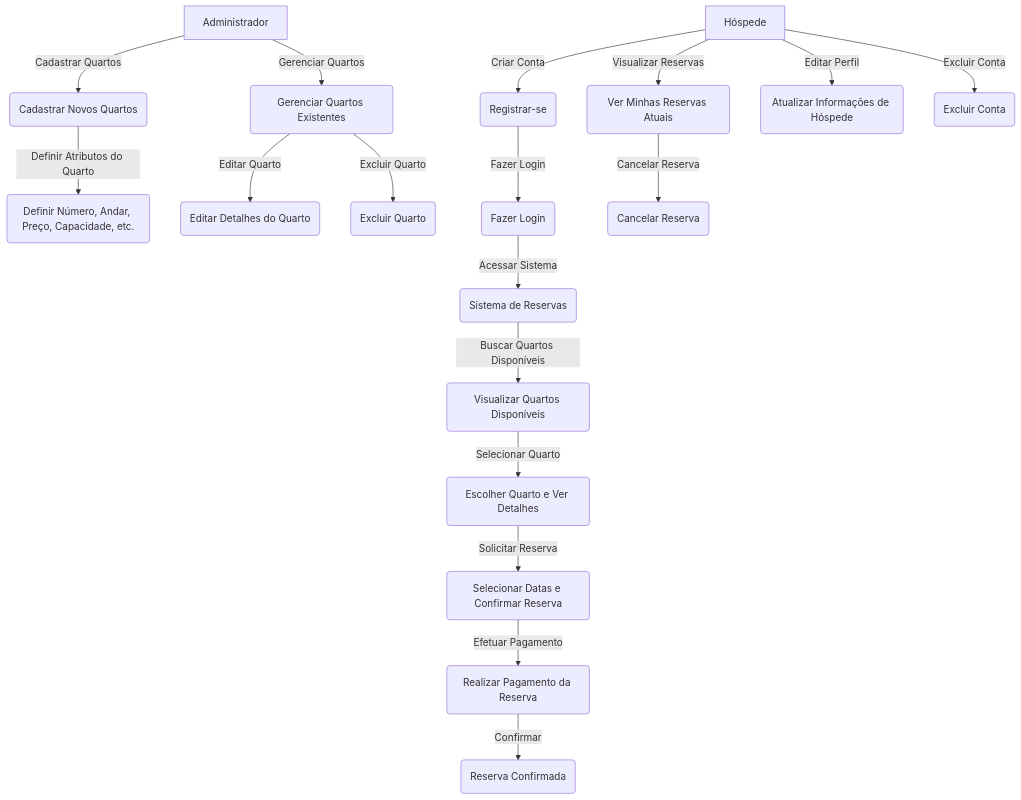
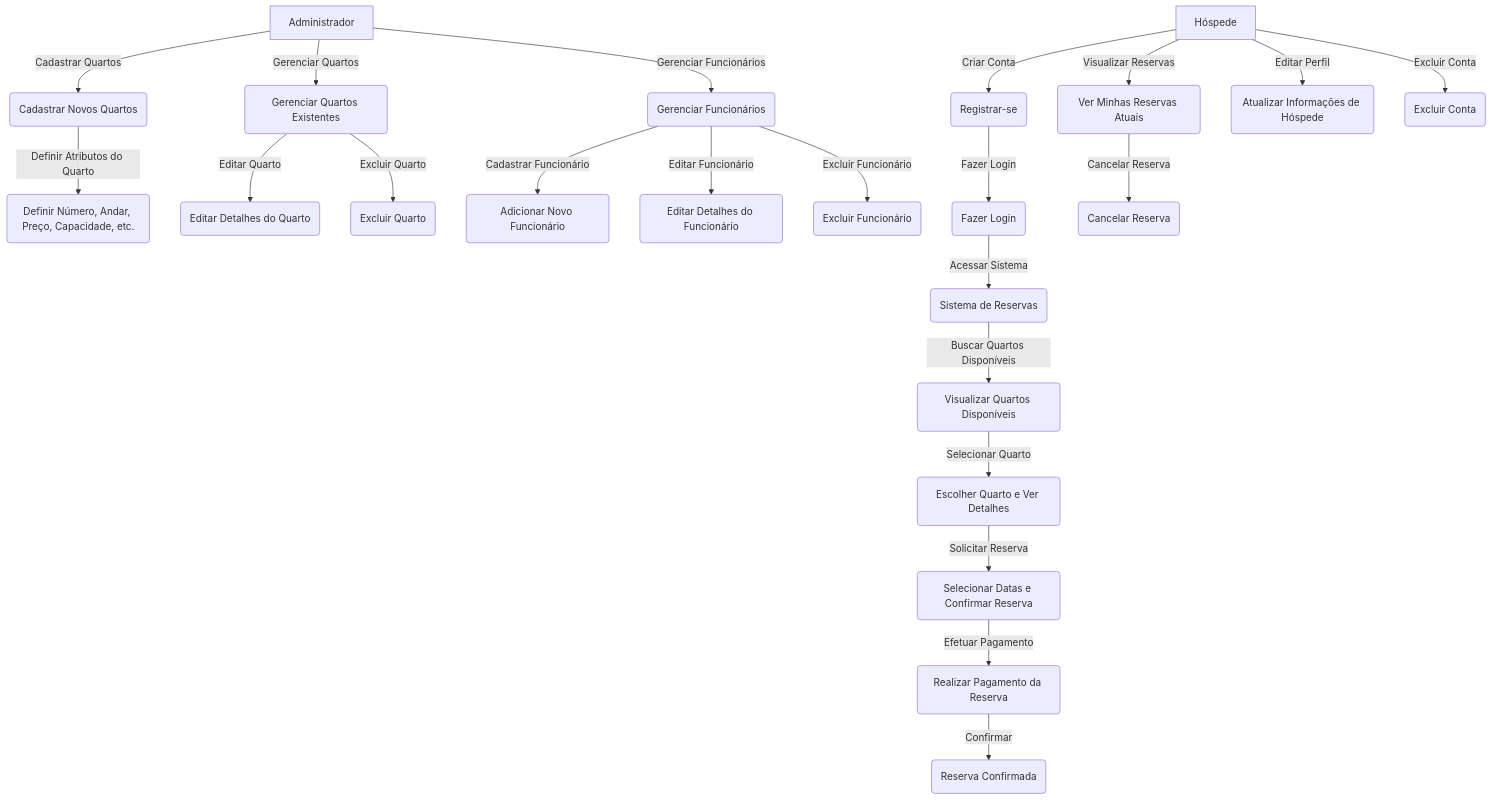
The second of 3 diagrams in README.md (epicestudar/Hostly-java-interface), drawn with Mermaid before and after one commit. The commit also changed other lines of this file, not shown here.

````diff
--- a/README.md
+++ b/README.md
@@ -136,28 +150,32 @@
 ```mermaid
 flowchart TD
     H[Hóspede] -->|Criar Conta| A(Registrar-se)
     A -->|Fazer Login| B(Fazer Login)
     B -->|Acessar Sistema| C(Sistema de Reservas)
 
     C -->|Buscar Quartos Disponíveis| D(Visualizar Quartos Disponíveis)
     D -->|Selecionar Quarto| E(Escolher Quarto e Ver Detalhes)
     E -->|Solicitar Reserva| F(Selecionar Datas e Confirmar Reserva)
     
     F -->|Efetuar Pagamento| G(Realizar Pagamento da Reserva)
     G -->|Confirmar| H2(Reserva Confirmada)
 
     A2[Administrador] -->|Cadastrar Quartos| J(Cadastrar Novos Quartos)
     J -->|Definir Atributos do Quarto| K(Definir Número, Andar, Preço, Capacidade, etc.)
     
     A2 -->|Gerenciar Quartos| L(Gerenciar Quartos Existentes)
     L -->|Editar Quarto| M(Editar Detalhes do Quarto)
     L -->|Excluir Quarto| N(Excluir Quarto)
 
+    A2 -->|Gerenciar Funcionários| S(Gerenciar Funcionários)
+    S -->|Cadastrar Funcionário| T(Adicionar Novo Funcionário)
+    S -->|Editar Funcionário| U(Editar Detalhes do Funcionário)
+    S -->|Excluir Funcionário| V(Excluir Funcionário)
+
     H -->|Visualizar Reservas| O(Ver Minhas Reservas Atuais)
     O -->|Cancelar Reserva| P(Cancelar Reserva)
     
     H -->|Editar Perfil| Q(Atualizar Informações de Hóspede)
     H -->|Excluir Conta| R(Excluir Conta)
 
-
 ```
````
